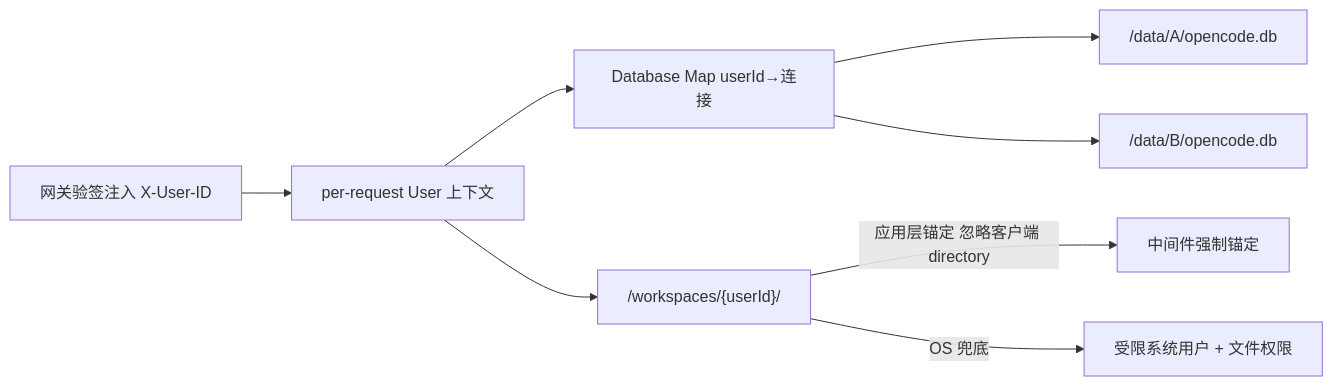
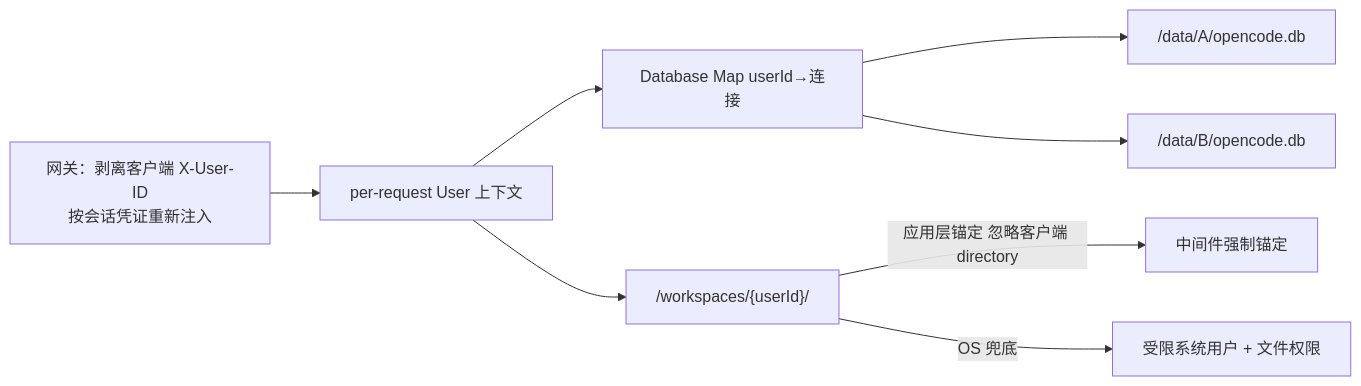
The diagram in docs/superpowers/specs/003-multi-tenant-isolation/plan.md (huangandy007/openhive), drawn with Mermaid before and after one commit. The commit also changed 3 other files, not shown here.

````diff
--- a/docs/superpowers/specs/003-multi-tenant-isolation/plan.md
+++ b/docs/superpowers/specs/003-multi-tenant-isolation/plan.md
@@ -66,10 +66,10 @@
 ```mermaid
 flowchart LR
-    GW[网关验签注入 X-User-ID] --> UC[per-request User 上下文]
+    GW["网关：剥离客户端 X-User-ID<br/>按会话凭证重新注入"] --> UC[per-request User 上下文]
     UC --> DB[Database Map userId→连接]
     DB --> DBA["/data/A/opencode.db"]
     DB --> DBB["/data/B/opencode.db"]
     UC --> WS["/workspaces/{userId}/"]
     WS -->|应用层锚定 忽略客户端 directory| ANCHOR[中间件强制锚定]
     WS -->|OS 兜底| OS[受限系统用户 + 文件权限]
 ```
````
